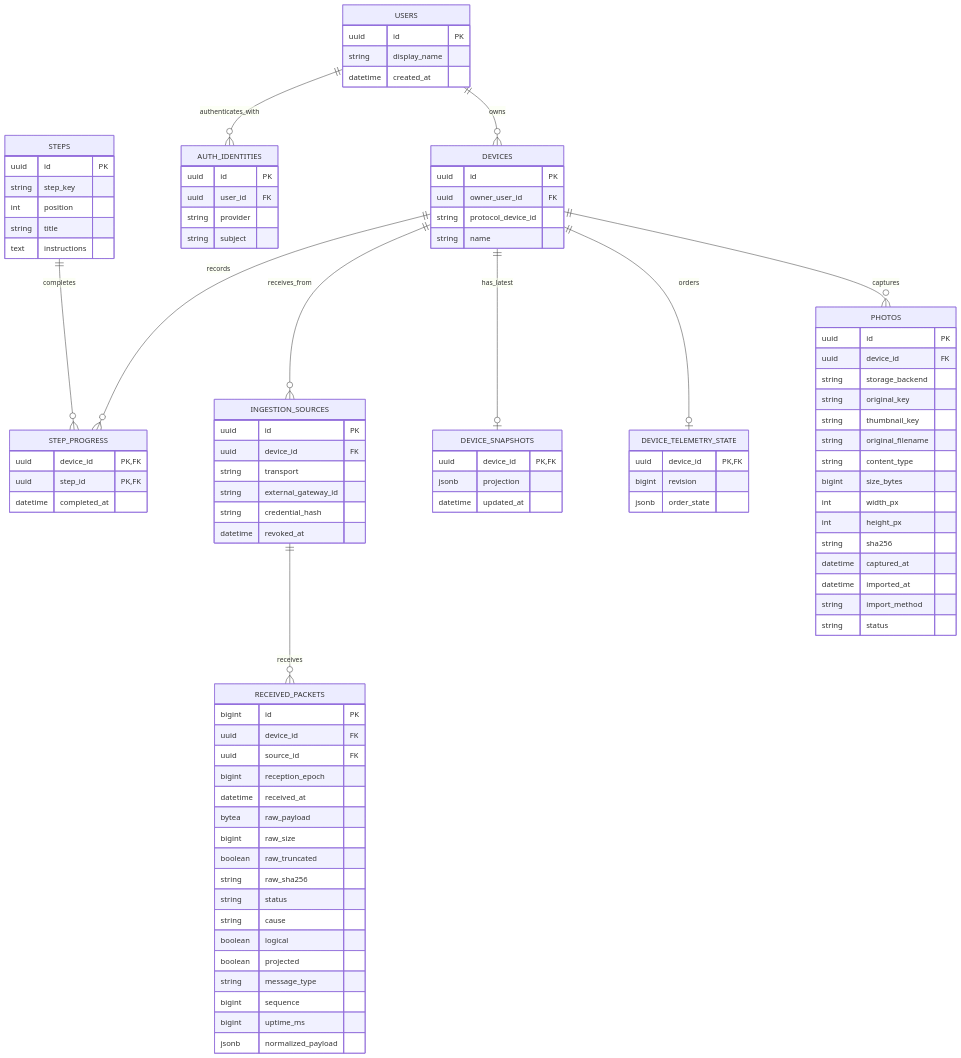
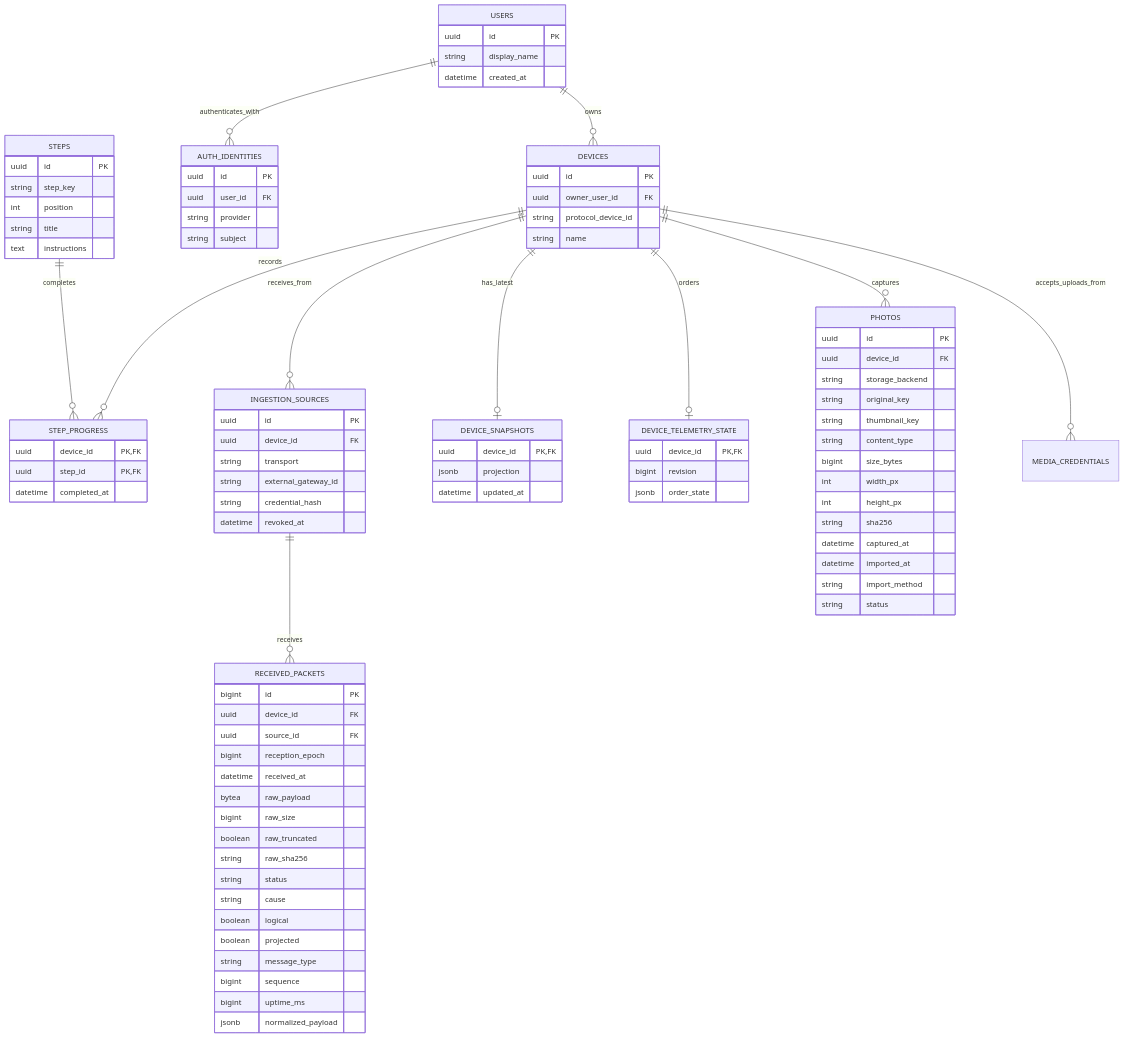
Before and after one commit to Edwarmkaer/cubeos: the diagram in docs/domain-model.md, drawn with Mermaid. The commit also changed other lines of this file and 53 other files, not shown here.

```diff
--- a/docs/domain-model.md
+++ b/docs/domain-model.md
@@ -15,6 +15,7 @@
     DEVICES ||--o| DEVICE_SNAPSHOTS : has_latest
     DEVICES ||--o| DEVICE_TELEMETRY_STATE : orders
     DEVICES ||--o{ PHOTOS : captures
+    DEVICES ||--o{ MEDIA_CREDENTIALS : accepts_uploads_from
 
     USERS {
         uuid id PK
@@ -88,7 +89,6 @@
         string storage_backend
         string original_key
         string thumbnail_key
-        string original_filename
         string content_type
         bigint size_bytes
         int width_px
```
